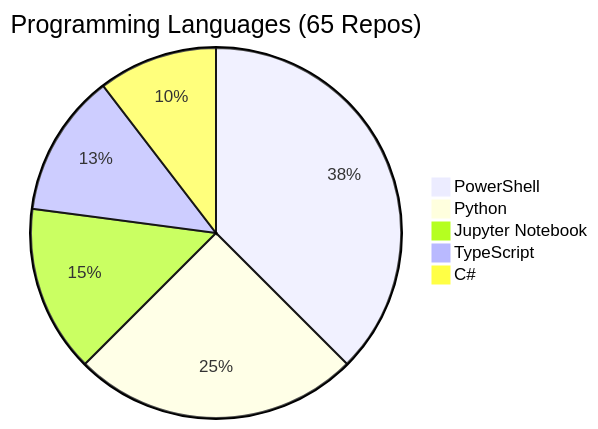
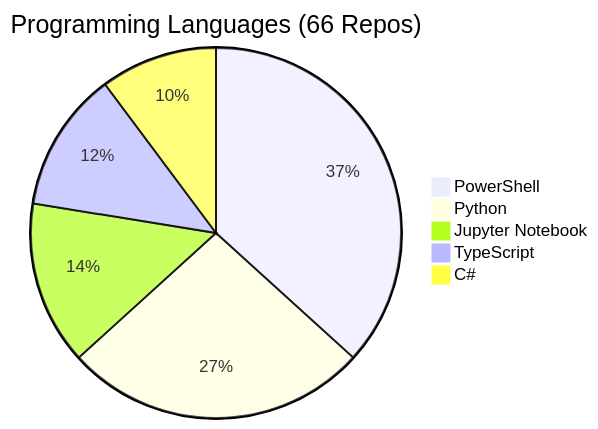
The diagram in REPOS.md (fabioc-aloha/fabioc-aloha), drawn with Mermaid before and after one commit. The commit also changed other lines of this file and 1 other file, not shown here.

````diff
--- a/REPOS.md
+++ b/REPOS.md
@@ -108,8 +109,8 @@
 ```mermaid
-pie title Programming Languages (65 Repos)
+pie title Programming Languages (66 Repos)
     "PowerShell" : 18
-    "Python" : 12
+    "Python" : 13
     "Jupyter Notebook" : 7
     "TypeScript" : 6
     "C#" : 5
 ```
````
